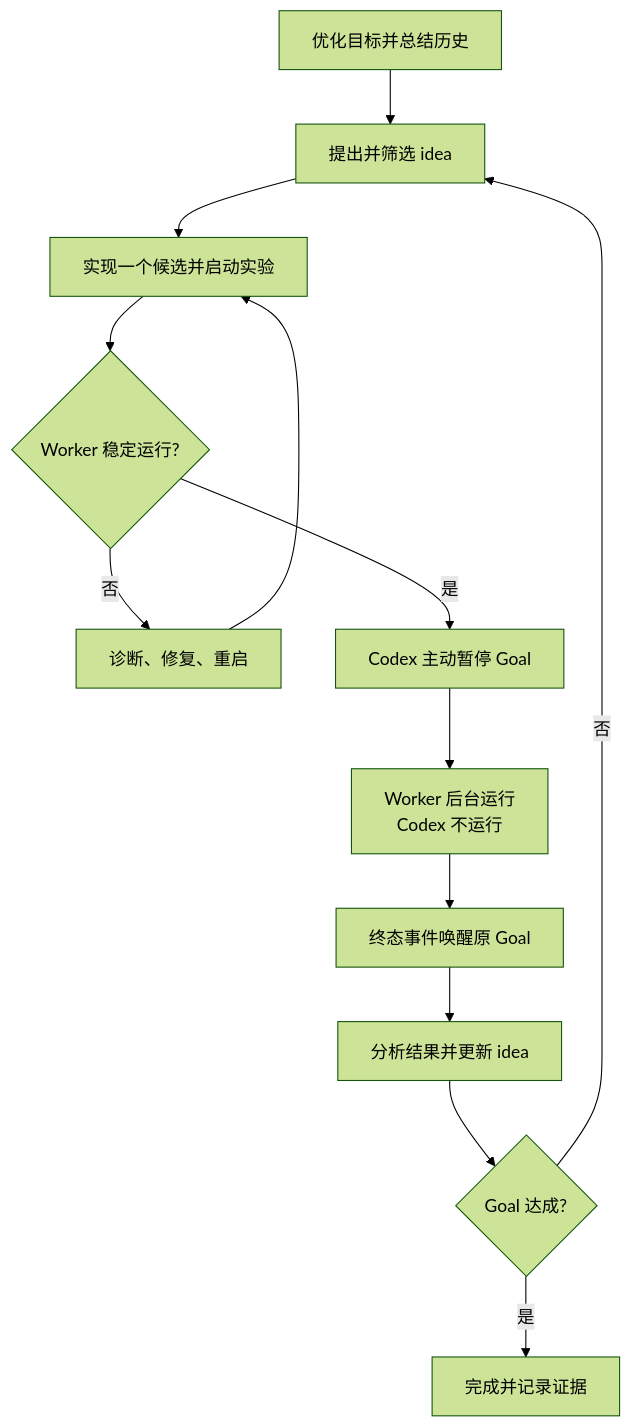
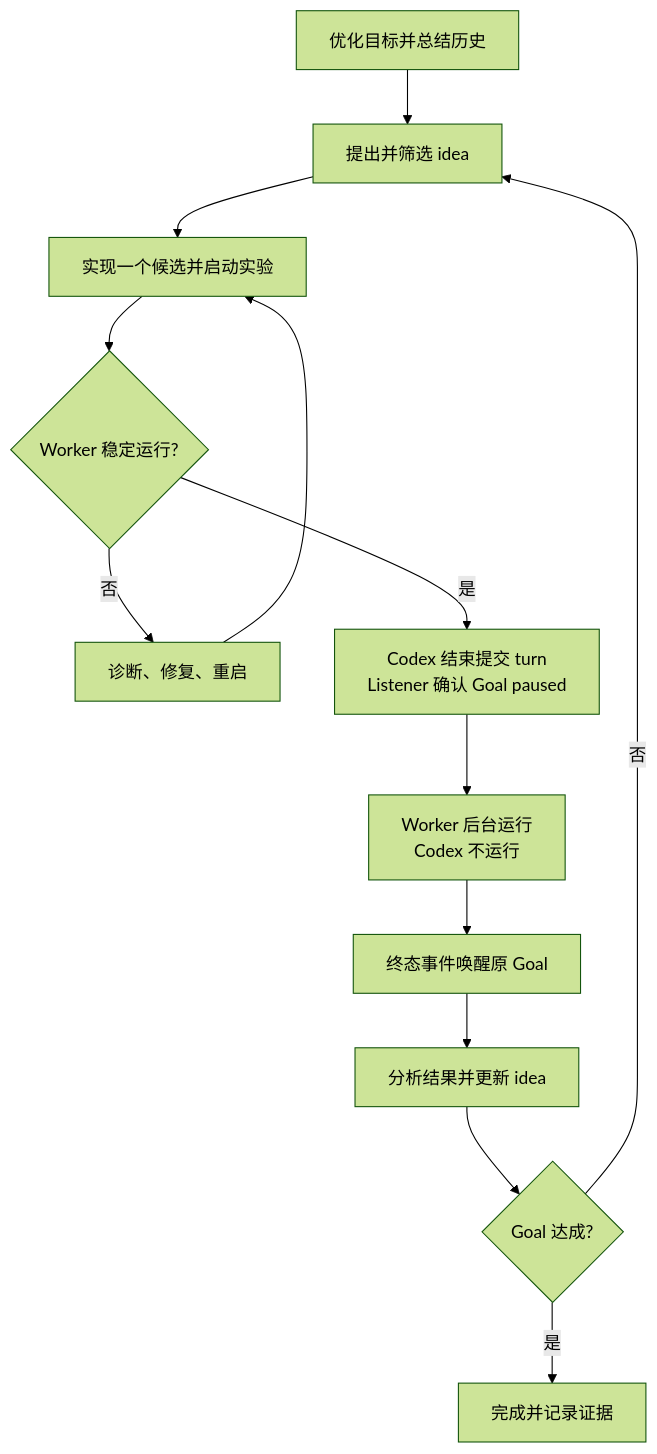
The second of 2 diagrams in README.md (dollarser/codex-auto-research), drawn with Mermaid (forest theme) before and after one commit. The commit also changed other lines of this file and 21 other files, not shown here.

````diff
--- a/README.md
+++ b/README.md
@@ -39,15 +44,15 @@
 ```mermaid
 flowchart TD
     A["优化目标并总结历史"] --> B["提出并筛选 idea"]
     B --> C["实现一个候选并启动实验"]
     C --> D{"Worker 稳定运行?"}
     D -->|"否"| E["诊断、修复、重启"]
     E --> C
-    D -->|"是"| F["Codex 主动暂停 Goal"]
+    D -->|"是"| F["Codex 结束提交 turn<br/>Listener 确认 Goal paused"]
     F --> G["Worker 后台运行<br/>Codex 不运行"]
     G --> H["终态事件唤醒原 Goal"]
     H --> I["分析结果并更新 idea"]
     I --> J{"Goal 达成?"}
     J -->|"否"| B
     J -->|"是"| K["完成并记录证据"]
 ```
````
